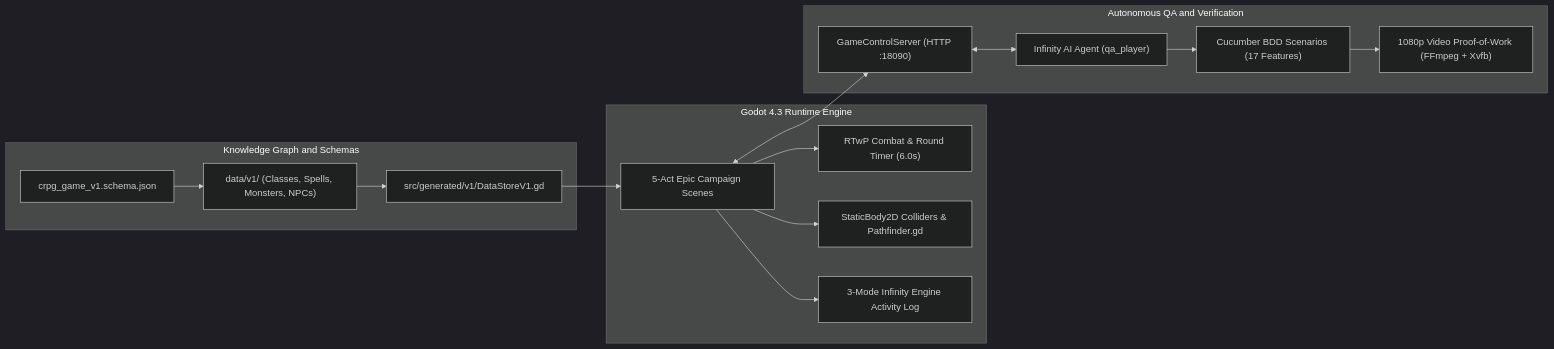
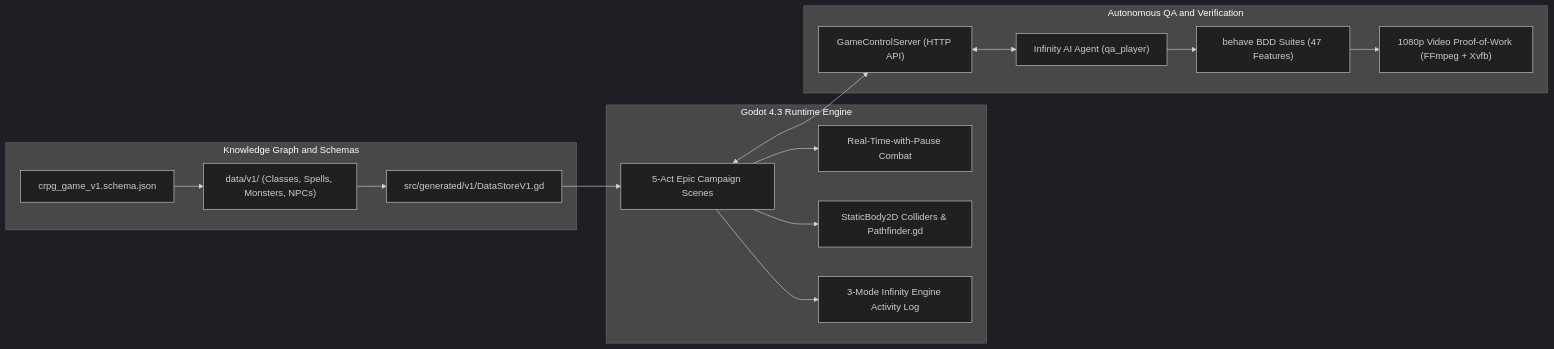
Before and after one commit to nddipiazza/robos: the diagram in docs/projects.md, drawn with Mermaid (dark theme). The commit also changed other lines of this file and 24 other files, not shown here.

````diff
--- a/docs/projects.md
+++ b/docs/projects.md
@@ -65,22 +65,22 @@
 ```mermaid
 flowchart LR
     subgraph KG_LAYER ["Knowledge Graph and Schemas"]
         KG["crpg_game_v1.schema.json"] --> DS["data/v1/ (Classes, Spells, Monsters, NPCs)"]
         DS --> GD["src/generated/v1/DataStoreV1.gd"]
     end
 
     subgraph ENGINE_LAYER ["Godot 4.3 Runtime Engine"]
         GD --> World["5-Act Epic Campaign Scenes"]
-        World --> RTwP["RTwP Combat & Round Timer (6.0s)"]
+        World --> RTwP["Real-Time-with-Pause Combat"]
         World --> Phys["StaticBody2D Colliders & Pathfinder.gd"]
         World --> ActLog["3-Mode Infinity Engine Activity Log"]
     end
 
     subgraph QA_LAYER ["Autonomous QA and Verification"]
-        HTTP["GameControlServer (HTTP :18090)"] <--> AI["Infinity AI Agent (qa_player)"]
-        AI --> BDD["Cucumber BDD Scenarios (17 Features)"]
+        HTTP["GameControlServer (HTTP API)"] <--> AI["Infinity AI Agent (qa_player)"]
+        AI --> BDD["behave BDD Suites (47 Features)"]
         BDD --> Video["1080p Video Proof-of-Work (FFmpeg + Xvfb)"]
     end
 
     World <--> HTTP
 ```
````
